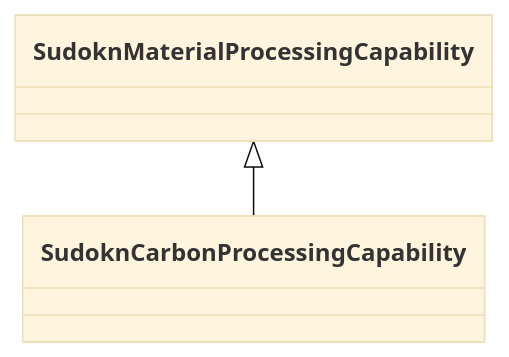
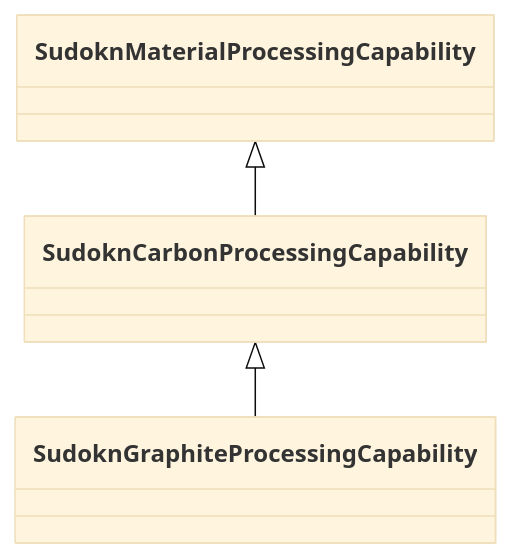
The diagram in sudokn-kg/classes/SudoknCarbonProcessingCapability.md (frink-okn/graph-descriptions), drawn with Mermaid (base theme) before and after one commit. The commit also changed other lines of this file and 903 other files, not shown here.

````diff
--- a/sudokn-kg/classes/SudoknCarbonProcessingCapability.md
+++ b/sudokn-kg/classes/SudoknCarbonProcessingCapability.md
@@ -23,9 +16,14 @@
 ```mermaid
  classDiagram
     class SudoknCarbonProcessingCapability
     click SudoknCarbonProcessingCapability href "../SudoknCarbonProcessingCapability"
       SudoknMaterialProcessingCapability <|-- SudoknCarbonProcessingCapability
         click SudoknMaterialProcessingCapability href "../SudoknMaterialProcessingCapability"
       
+
+      SudoknCarbonProcessingCapability <|-- SudoknGraphiteProcessingCapability
+        click SudoknGraphiteProcessingCapability href "../SudoknGraphiteProcessingCapability"
+      
+      
       
 ```
````
